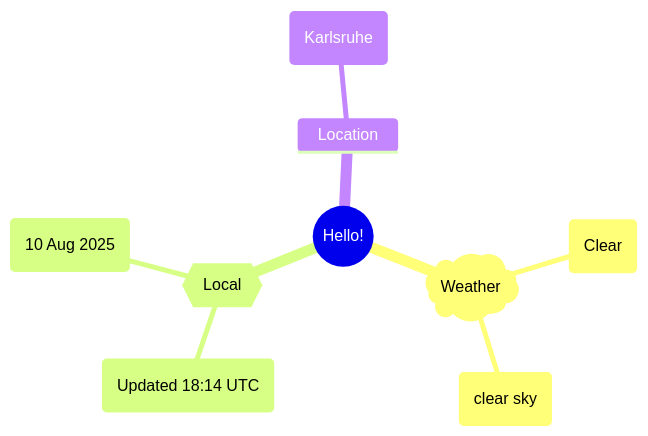
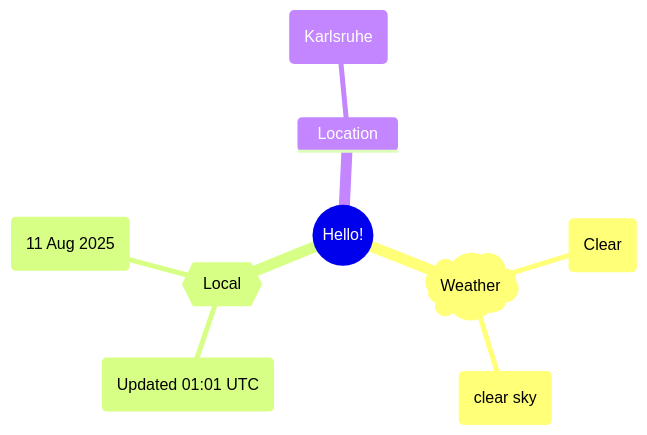
One commit to Xosrov/Xosrov changed the first of 2 diagrams in README.md. Above: the diagram before and after it, drawn with Mermaid.

Commit message:
[bot] updated images

````diff
--- a/README.md
+++ b/README.md
@@ -3,12 +3,12 @@
 ```mermaid
 mindmap
   root((Hello!))
     )Weather(
         (Clear)
         (clear sky)
     {{Local}}
-        (Updated 18:14 UTC)
-        (10 Aug 2025)
+        (Updated 01:01 UTC)
+        (11 Aug 2025)
     Location
         (Karlsruhe)
 ```
````
